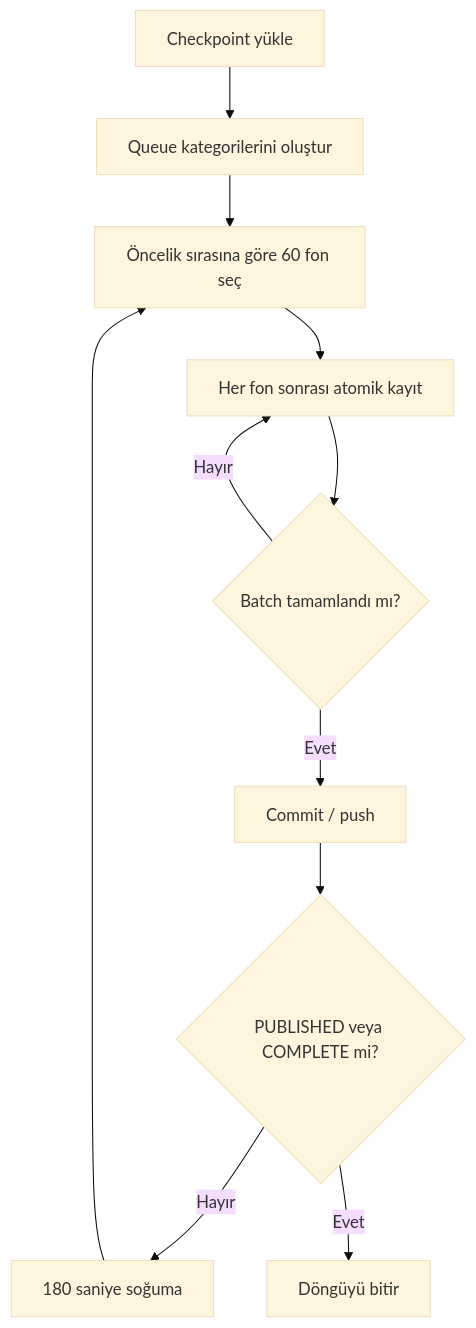
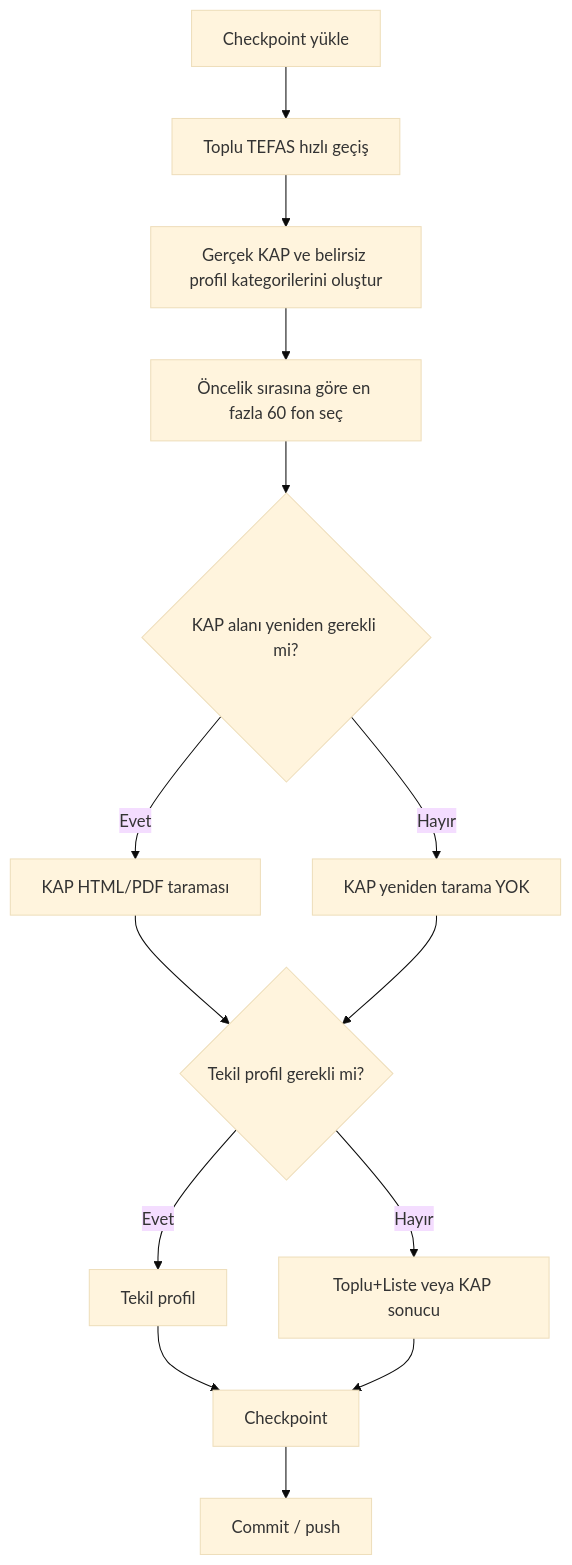
One commit to egemenkarabulut/PiyasaNabzi-KAP-YAT changed diagram 11 of 18 in README.md. Above: the diagram before and after it, drawn with Mermaid (base theme). The commit also changed other lines of this file and 3 other files, not shown here.

````diff
--- a/README.md
+++ b/README.md
@@ -455,13 +439,16 @@
 ```mermaid
 flowchart TD
-    A["Checkpoint yükle"] --> B["Queue kategorilerini oluştur"]
-    B --> C["Öncelik sırasına göre 60 fon seç"]
-    C --> D["Her fon sonrası atomik kayıt"]
-    D --> E{"Batch tamamlandı mı?"}
-    E -- "Hayır" --> D
-    E -- "Evet" --> F["Commit / push"]
-    F --> G{"PUBLISHED veya COMPLETE mi?"}
-    G -- "Hayır" --> H["180 saniye soğuma"]
-    H --> C
-    G -- "Evet" --> I["Döngüyü bitir"]
+    A["Checkpoint yükle"] --> B["Toplu TEFAS hızlı geçiş"]
+    B --> C["Gerçek KAP ve belirsiz profil kategorilerini oluştur"]
+    C --> D["Öncelik sırasına göre en fazla 60 fon seç"]
+    D --> E{"KAP alanı yeniden gerekli mi?"}
+    E -- "Evet" --> F["KAP HTML/PDF taraması"]
+    E -- "Hayır" --> G["KAP yeniden tarama YOK"]
+    F --> H{"Tekil profil gerekli mi?"}
+    G --> H
+    H -- "Evet" --> I["Tekil profil"]
+    H -- "Hayır" --> J["Toplu+Liste veya KAP sonucu"]
+    I --> K["Checkpoint"]
+    J --> K
+    K --> L["Commit / push"]
 ```
````
